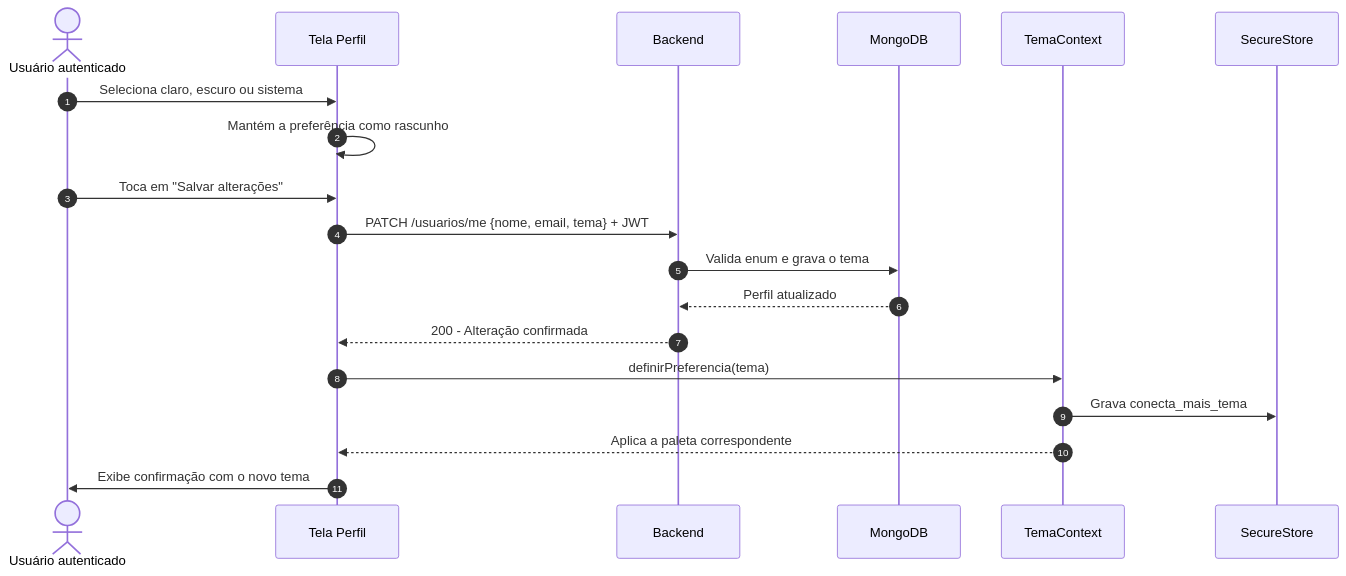
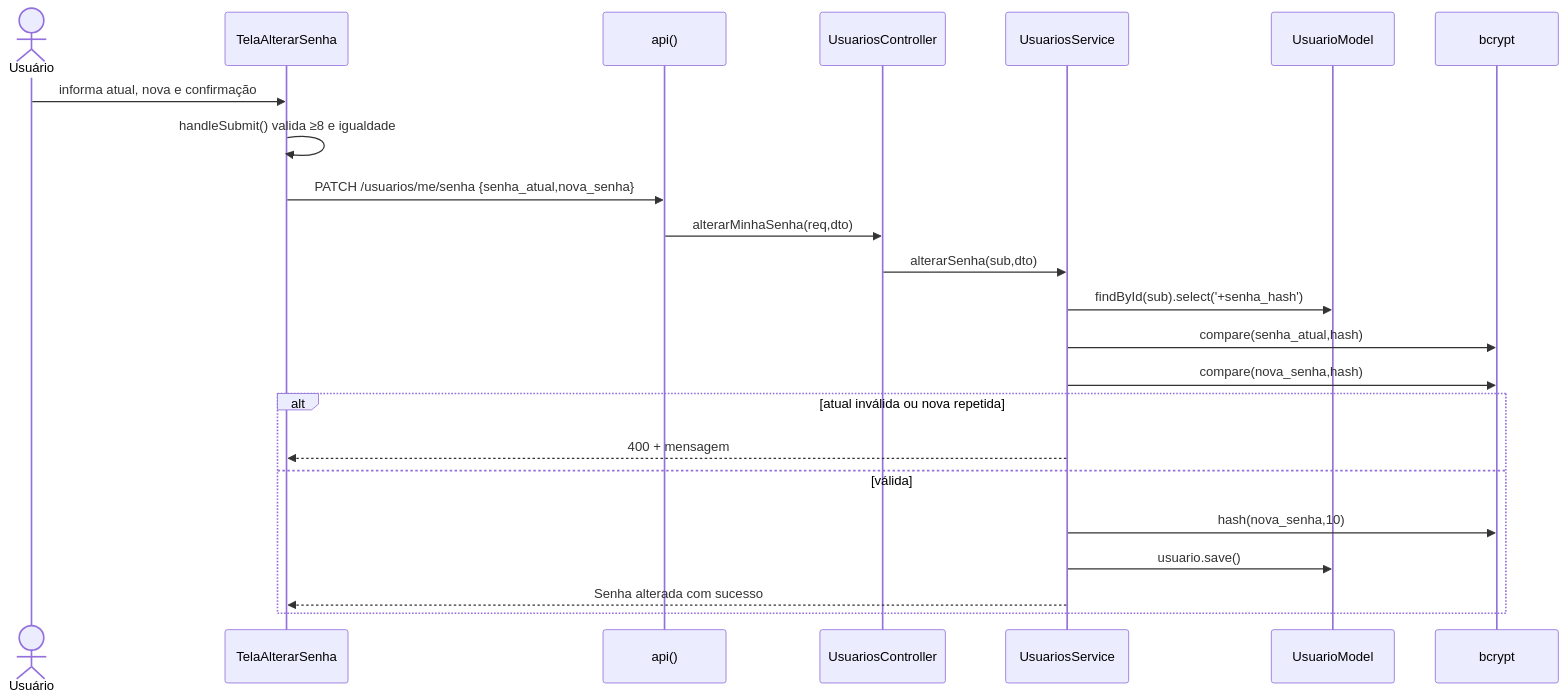
One commit to Conecta-IFSP/DOCUMENTATION changed the third of 5 diagrams in 2 - Incremento1/configuracoes-usuario/6 - diagramas-sequencia-configuracoes-usuario.md. Above: the diagram before and after it, drawn with Mermaid. The commit also changed other lines of this file and 43 other files, not shown here.

````diff
--- a/2 - Incremento1/configuracoes-usuario/6 - diagramas-sequencia-configuracoes-usuario.md
+++ b/2 - Incremento1/configuracoes-usuario/6 - diagramas-sequencia-configuracoes-usuario.md
@@ -146,22 +83,26 @@
 ```mermaid
 sequenceDiagram
-    autonumber
-    actor Usuario as Usuário autenticado
-    participant Perfil as Tela Perfil
-    participant API as Backend
-    participant DB as MongoDB
-    participant Tema as TemaContext
-    participant Local as SecureStore
+    actor U as Usuário
+    participant T as TelaAlterarSenha
+    participant A as api()
+    participant C as UsuariosController
+    participant S as UsuariosService
+    participant M as UsuarioModel
+    participant B as bcrypt
 
-    Usuario->>Perfil: Seleciona claro, escuro ou sistema
-    Perfil->>Perfil: Mantém a preferência como rascunho
-    Usuario->>Perfil: Toca em "Salvar alterações"
-    Perfil->>API: PATCH /usuarios/me {nome, email, tema} + JWT
-    API->>DB: Valida enum e grava o tema
-    DB-->>API: Perfil atualizado
-    API-->>Perfil: 200 - Alteração confirmada
-    Perfil->>Tema: definirPreferencia(tema)
-    Tema->>Local: Grava conecta_mais_tema
-    Tema-->>Perfil: Aplica a paleta correspondente
-    Perfil->>Usuario: Exibe confirmação com o novo tema
+    U->>T: informa atual, nova e confirmação
+    T->>T: handleSubmit() valida ≥8 e igualdade
+    T->>A: PATCH /usuarios/me/senha {senha_atual,nova_senha}
+    A->>C: alterarMinhaSenha(req,dto)
+    C->>S: alterarSenha(sub,dto)
+    S->>M: findById(sub).select('+senha_hash')
+    S->>B: compare(senha_atual,hash)
+    S->>B: compare(nova_senha,hash)
+    alt atual inválida ou nova repetida
+        S-->>T: 400 + mensagem
+    else válida
+        S->>B: hash(nova_senha,10)
+        S->>M: usuario.save()
+        S-->>T: Senha alterada com sucesso
+    end
 ```
````
